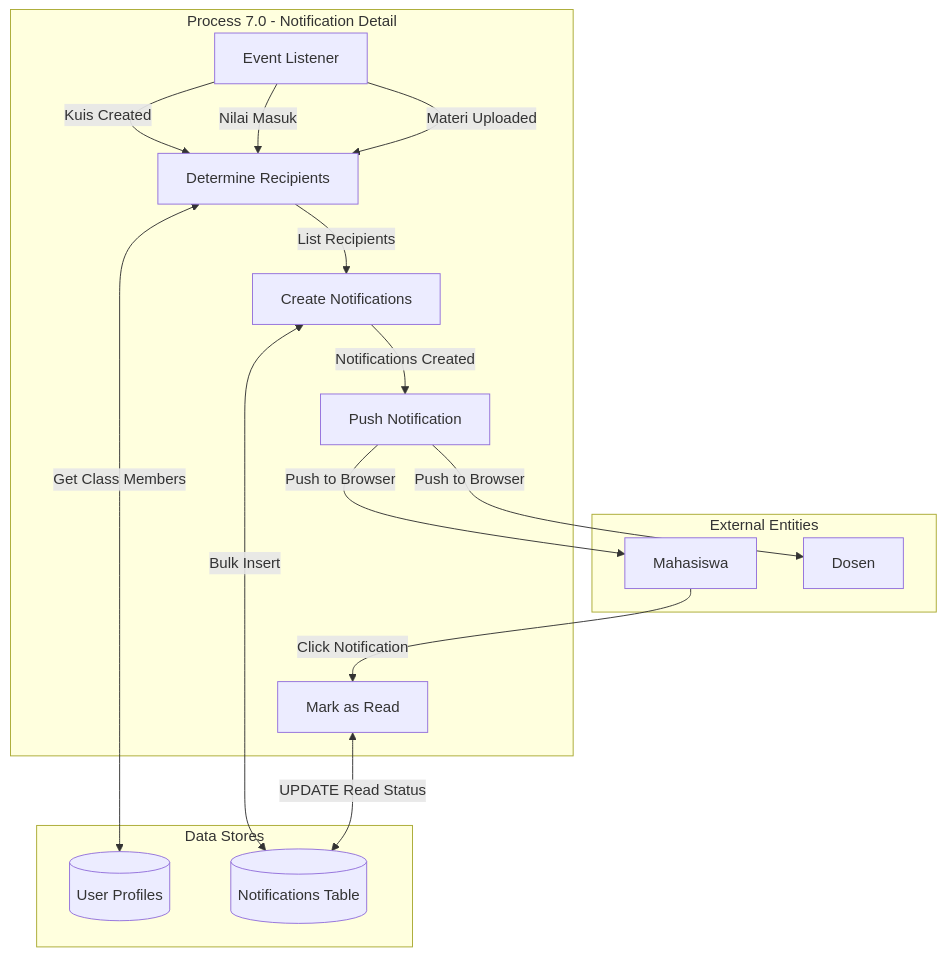
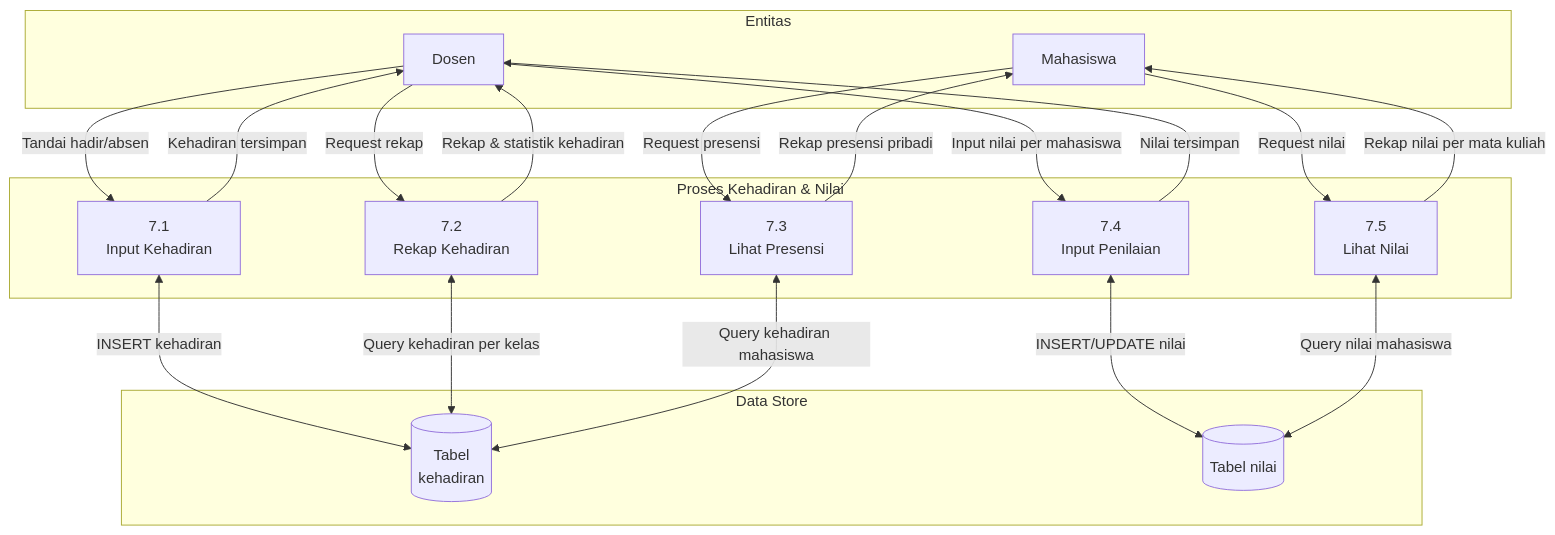
One commit to taufiq1285/sistem-pwa changed the ninth of 13 diagrams in docs/DFD.md. Above: the diagram before and after it, drawn with Mermaid. The commit also changed other lines of this file and 21 other files, not shown here.

````diff
--- a/docs/DFD.md
+++ b/docs/DFD.md
@@ -579,41 +574,40 @@
 ```mermaid
 graph TB
-    subgraph "External Entities"
+    subgraph "Entitas"
+        Dosen
         Mahasiswa
-        Dosen
     end
 
-    subgraph "Process 7.0 - Notification Detail"
-        P7_1[Event Listener]
-        P7_2[Determine Recipients]
-        P7_3[Create Notifications]
-        P7_4[Push Notification]
-        P7_5[Mark as Read]
+    subgraph "Proses Kehadiran & Nilai"
+        P7_1[7.1\nInput Kehadiran]
+        P7_2[7.2\nRekap Kehadiran]
+        P7_3[7.3\nLihat Presensi]
+        P7_4[7.4\nInput Penilaian]
+        P7_5[7.5\nLihat Nilai]
     end
 
-    subgraph "Data Stores"
-        D7_1[(Notifications Table)]
-        D7_2[(User Profiles)]
+    subgraph "Data Store"
+        D7_1[(Tabel\nkehadiran)]
+        D7_2[(Tabel nilai)]
     end
 
-    %% Trigger Events
-    P7_1 -->|Kuis Created| P7_2
-    P7_1 -->|Nilai Masuk| P7_2
-    P7_1 -->|Materi Uploaded| P7_2
+    Dosen -->|Tandai hadir/absen| P7_1
+    P7_1 <-->|INSERT kehadiran| D7_1
+    P7_1 -->|Kehadiran tersimpan| Dosen
 
-    %% Determine Recipients
-    P7_2 <-->|Get Class Members| D7_2
-    P7_2 -->|List Recipients| P7_3
+    Dosen -->|Request rekap| P7_2
+    P7_2 <-->|Query kehadiran per kelas| D7_1
+    P7_2 -->|Rekap & statistik kehadiran| Dosen
 
-    %% Create Notifications
-    P7_3 <-->|Bulk Insert| D7_1
-    P7_3 -->|Notifications Created| P7_4
+    Mahasiswa -->|Request presensi| P7_3
+    P7_3 <-->|Query kehadiran mahasiswa| D7_1
+    P7_3 -->|Rekap presensi pribadi| Mahasiswa
 
-    %% Push
-    P7_4 -->|Push to Browser| Mahasiswa
-    P7_4 -->|Push to Browser| Dosen
+    Dosen -->|Input nilai per mahasiswa| P7_4
+    P7_4 <-->|INSERT/UPDATE nilai| D7_2
+    P7_4 -->|Nilai tersimpan| Dosen
 
-    %% Mark Read
-    Mahasiswa -->|Click Notification| P7_5
-    P7_5 <-->|UPDATE Read Status| D7_1
+    Mahasiswa -->|Request nilai| P7_5
+    P7_5 <-->|Query nilai mahasiswa| D7_2
+    P7_5 -->|Rekap nilai per mata kuliah| Mahasiswa
 ```
````
